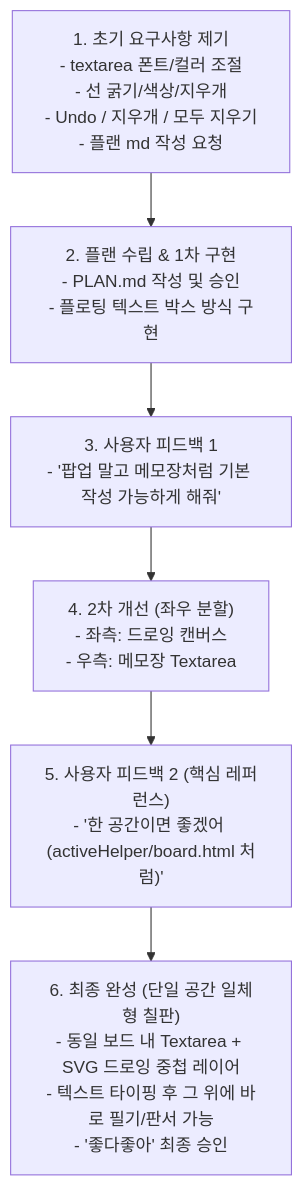
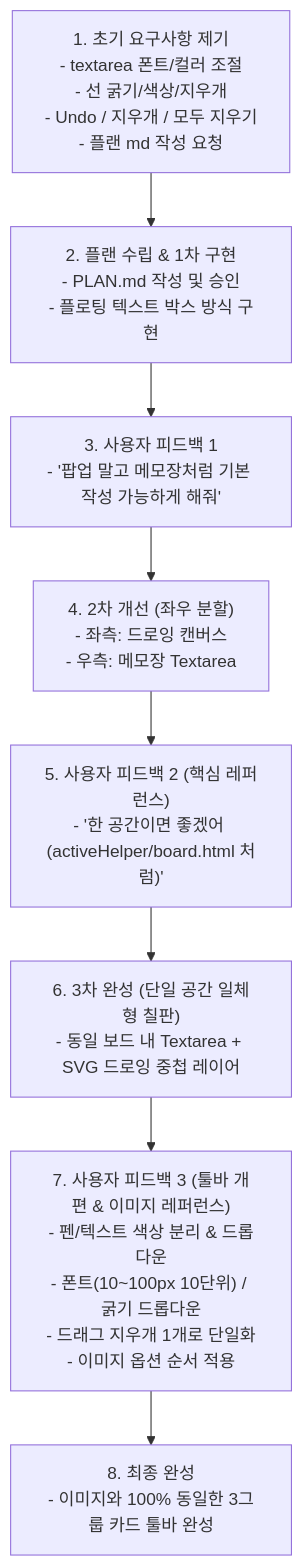
Before and after one commit to baekJhee/mygit: the diagram in drowing/CONVERSATION_HISTORY.md, drawn with Mermaid. The commit also changed other lines of this file and 9 other files, not shown here.

````diff
--- a/drowing/CONVERSATION_HISTORY.md
+++ b/drowing/CONVERSATION_HISTORY.md
@@ -9,11 +9,13 @@
 ```mermaid
 flowchart TD
     Req1["1. 초기 요구사항 제기<br>- textarea 폰트/컬러 조절<br>- 선 굵기/색상/지우개<br>- Undo / 지우개 / 모두 지우기<br>- 플랜 md 작성 요청"]
     Plan["2. 플랜 수립 & 1차 구현<br>- PLAN.md 작성 및 승인<br>- 플로팅 텍스트 박스 방식 구현"]
     Feed1["3. 사용자 피드백 1<br>- '팝업 말고 메모장처럼 기본 작성 가능하게 해줘'"]
     Step2["4. 2차 개선 (좌우 분할)<br>- 좌측: 드로잉 캔버스<br>- 우측: 메모장 Textarea"]
     Feed2["5. 사용자 피드백 2 (핵심 레퍼런스)<br>- '한 공간이면 좋겠어 (activeHelper/board.html 처럼)'"]
-    Final["6. 최종 완성 (단일 공간 일체형 칠판)<br>- 동일 보드 내 Textarea + SVG 드로잉 중첩 레이어<br>- 텍스트 타이핑 후 그 위에 바로 필기/판서 가능<br>- '좋다좋아' 최종 승인"]
+    Step3["6. 3차 완성 (단일 공간 일체형 칠판)<br>- 동일 보드 내 Textarea + SVG 드로잉 중첩 레이어"]
+    Feed3["7. 사용자 피드백 3 (툴바 개편 & 이미지 레퍼런스)<br>- 펜/텍스트 색상 분리 & 드롭다운<br>- 폰트(10~100px 10단위) / 굵기 드롭다운<br>- 드래그 지우개 1개로 단일화<br>- 이미지 옵션 순서 적용"]
+    Final["8. 최종 완성<br>- 이미지와 100% 동일한 3그룹 카드 툴바 완성"]
 
-    Req1 --> Plan --> Feed1 --> Step2 --> Feed2 --> Final
+    Req1 --> Plan --> Feed1 --> Step2 --> Feed2 --> Step3 --> Feed3 --> Final
 ```
````
